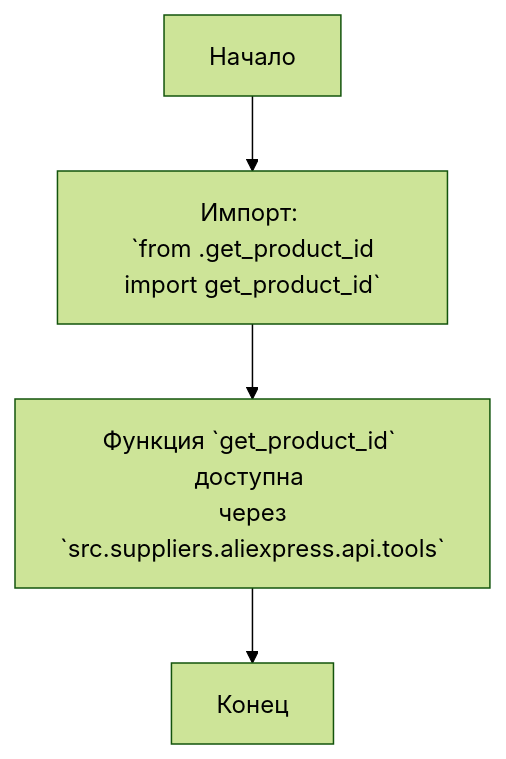
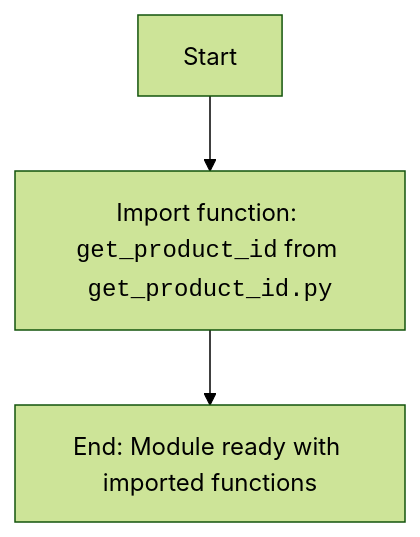
One commit to hypo69/hypo changed the diagram in docs/gemini/ru/explainer/src/suppliers/aliexpress/api/tools/__init__.py.md. Above: the diagram before and after it, drawn with Mermaid (forest theme). The commit also changed other lines of this file and 1505 other files, not shown here.

````diff
--- a/docs/gemini/ru/explainer/src/suppliers/aliexpress/api/tools/__init__.py.md
+++ b/docs/gemini/ru/explainer/src/suppliers/aliexpress/api/tools/__init__.py.md
@@ -20,7 +13,5 @@
 ```mermaid
 flowchart TD
-    Start[Начало] --> ImportModule[Импорт: <br> `from .get_product_id import get_product_id`]
-    ImportModule -->  FunctionAvailable[Функция `get_product_id` доступна <br> через `src.suppliers.aliexpress.api.tools`]
-    FunctionAvailable --> End[Конец]
-
+    Start[Start] --> ImportGetProductId[Import function: <br><code>get_product_id</code> from <code>get_product_id.py</code>]
+    ImportGetProductId --> End[End: Module ready with imported functions]
 ```
````
